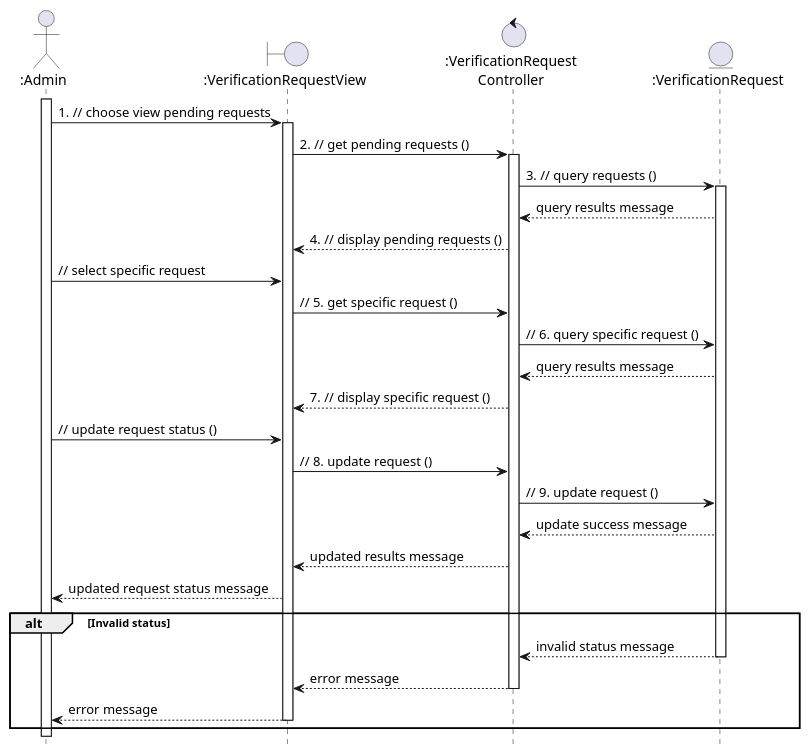
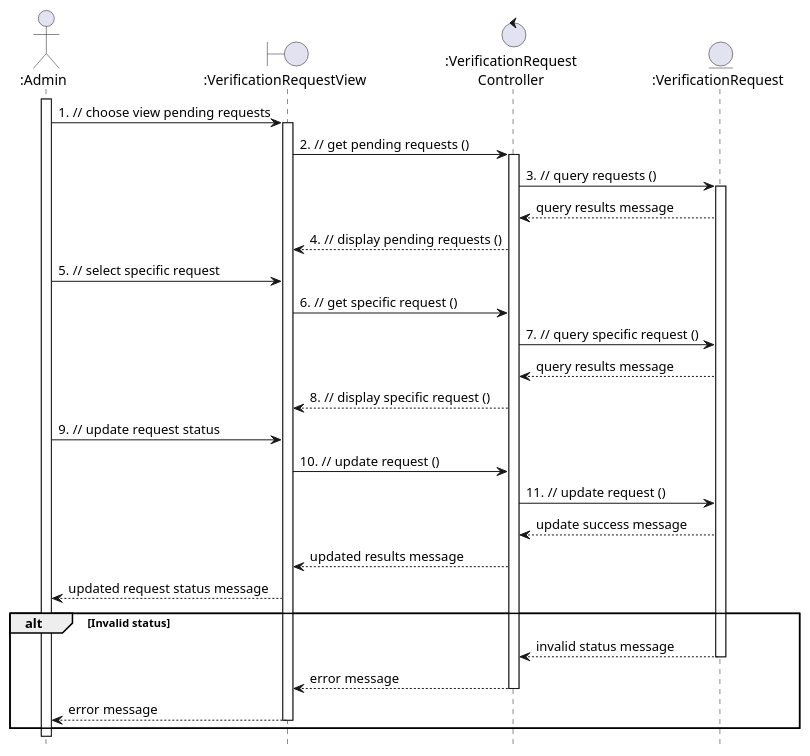
One commit to anhbanlinhle/velocity-exchange changed the diagram in uml/analysis/sequence/approve_car_for_auction.pu. Above: the diagram before and after it, drawn with PlantUML.

Commit message:
doc[lynn]: fix numering

```diff
--- a/uml/analysis/sequence/approve_car_for_auction.pu
+++ b/uml/analysis/sequence/approve_car_for_auction.pu
@@ -1,43 +1,43 @@
 @startuml
 hide footbox
 
 
 actor ":Admin" as Admin
 boundary ":VerificationRequestView" as PendingRequestsView
 control ":VerificationRequest\nController" as VerificationRequestController
 entity ":VerificationRequest" as PendingRequests
 
 Admin ++
   Admin -> PendingRequestsView: 1. // choose view pending requests
   PendingRequestsView ++
     PendingRequestsView -> VerificationRequestController: 2. // get pending requests ()
     VerificationRequestController ++
       VerificationRequestController -> PendingRequests: 3. // query requests ()
         PendingRequests ++
         PendingRequests --> VerificationRequestController: query results message
       VerificationRequestController --> PendingRequestsView: 4. // display pending requests ()
 
 
-  Admin -> PendingRequestsView: // select specific request
-    PendingRequestsView -> VerificationRequestController: // 5. get specific request ()
-      VerificationRequestController -> PendingRequests: // 6. query specific request ()
+  Admin -> PendingRequestsView: 5. // select specific request
+    PendingRequestsView -> VerificationRequestController: 6. // get specific request ()
+      VerificationRequestController -> PendingRequests: 7. // query specific request ()
         PendingRequests --> VerificationRequestController: query results message
-      VerificationRequestController --> PendingRequestsView: 7. // display specific request ()
+      VerificationRequestController --> PendingRequestsView: 8. // display specific request ()
 
-  Admin -> PendingRequestsView: // update request status ()
-    PendingRequestsView -> VerificationRequestController: // 8. update request ()
-      VerificationRequestController -> PendingRequests: // 9. update request ()
+  Admin -> PendingRequestsView: 9. // update request status
+    PendingRequestsView -> VerificationRequestController: 10. // update request ()
+      VerificationRequestController -> PendingRequests: 11. // update request ()
         PendingRequests --> VerificationRequestController: update success message
       VerificationRequestController --> PendingRequestsView: updated results message
     PendingRequestsView --> Admin: updated request status message
 
 alt Invalid status
   PendingRequests --> VerificationRequestController: invalid status message
   PendingRequests --
     VerificationRequestController --> PendingRequestsView: error message
     VerificationRequestController --
     PendingRequestsView --> Admin: error message
     PendingRequestsView --
 end
 
 @enduml
```
